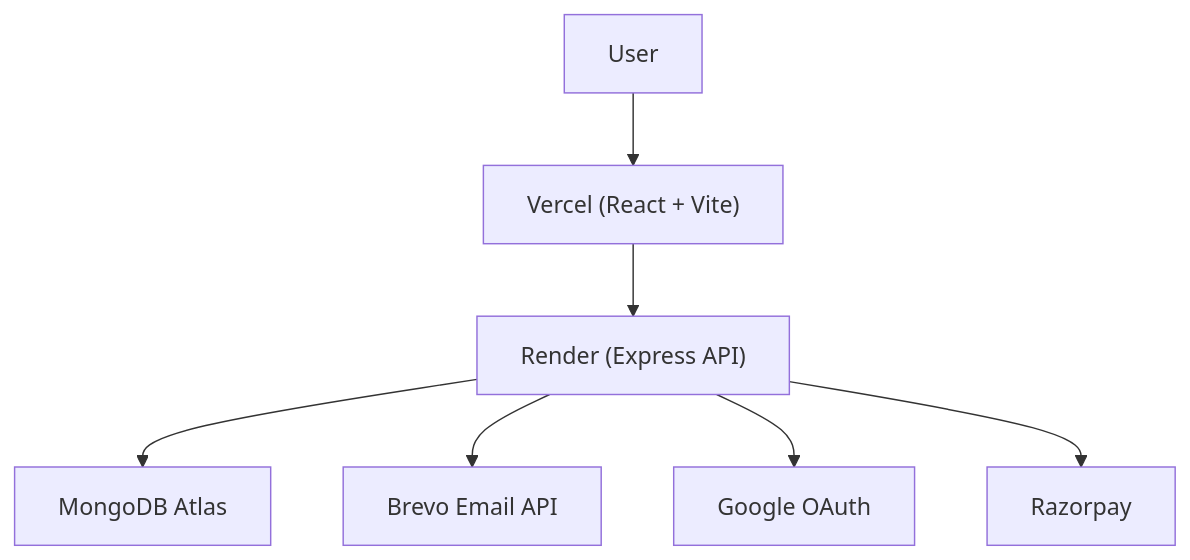
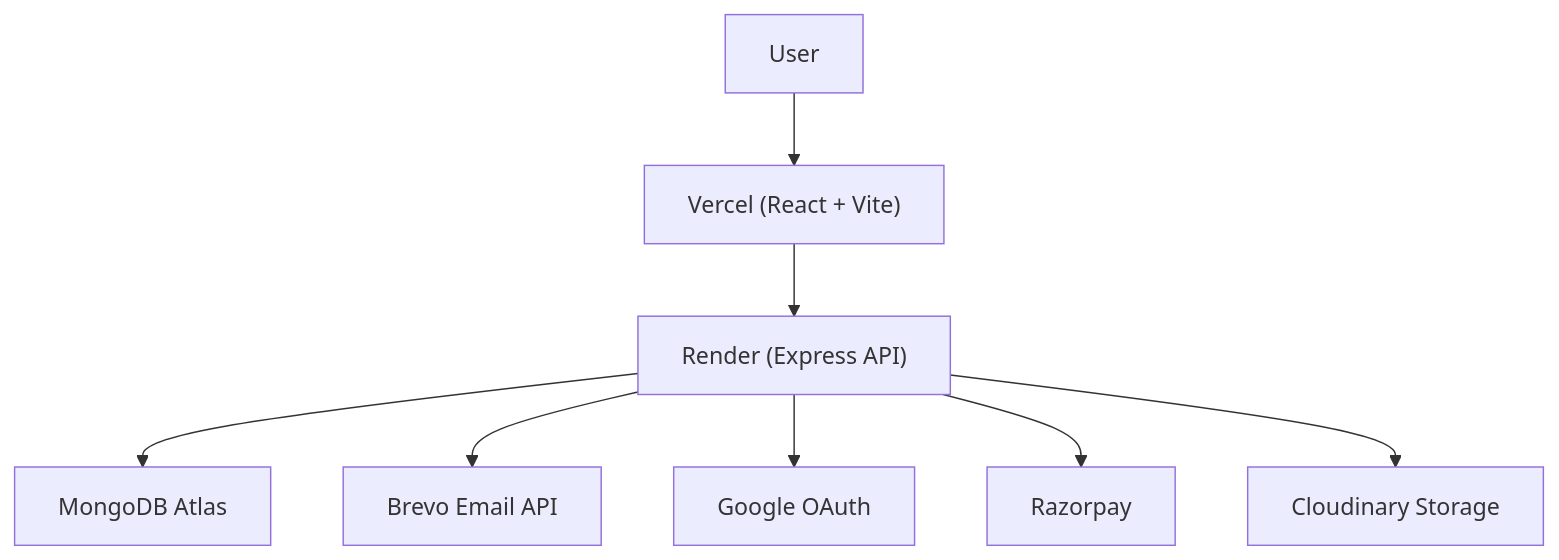
One commit to Meetsheth25/Dynamic-Ticks changed the diagram in README.md. Above: the diagram before and after it, drawn with Mermaid. The commit also changed other lines of this file and 97 other files, not shown here.

````diff
--- a/README.md
+++ b/README.md
@@ -201,9 +219,10 @@
 ```mermaid
 graph TD
     User[User] --> Vercel["Vercel (React + Vite)"]
     Vercel --> Render["Render (Express API)"]
     Render --> MongoDB["MongoDB Atlas"]
     Render --> Brevo["Brevo Email API"]
     Render --> Google["Google OAuth"]
     Render --> Razorpay["Razorpay"]
+    Render --> Cloudinary["Cloudinary Storage"]
 ```
````
